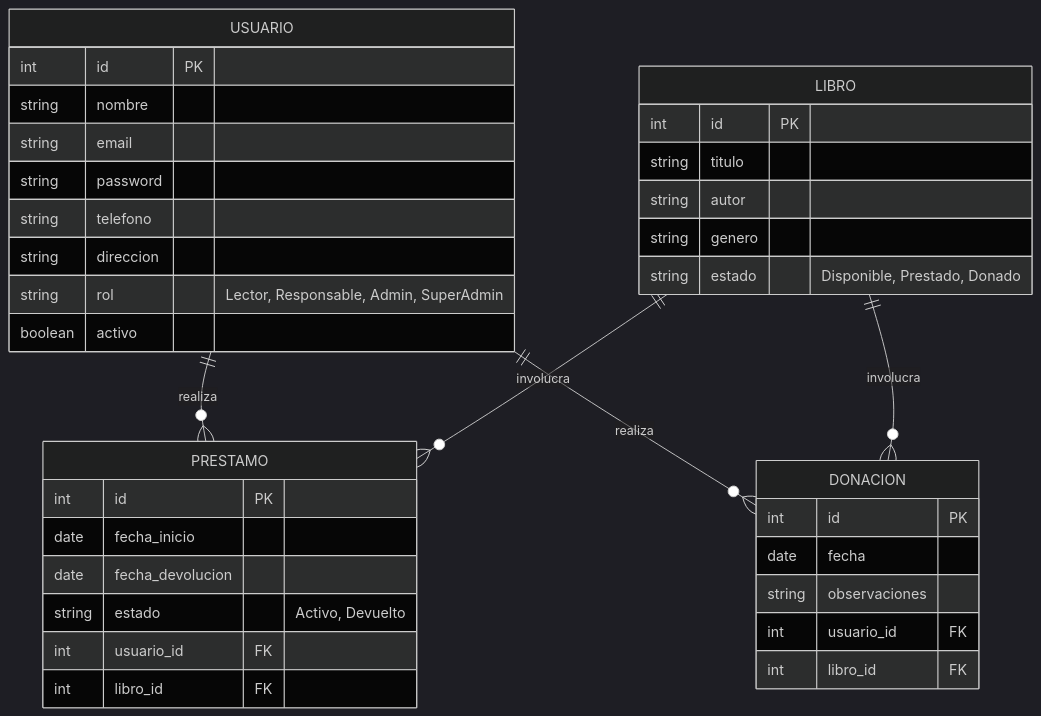
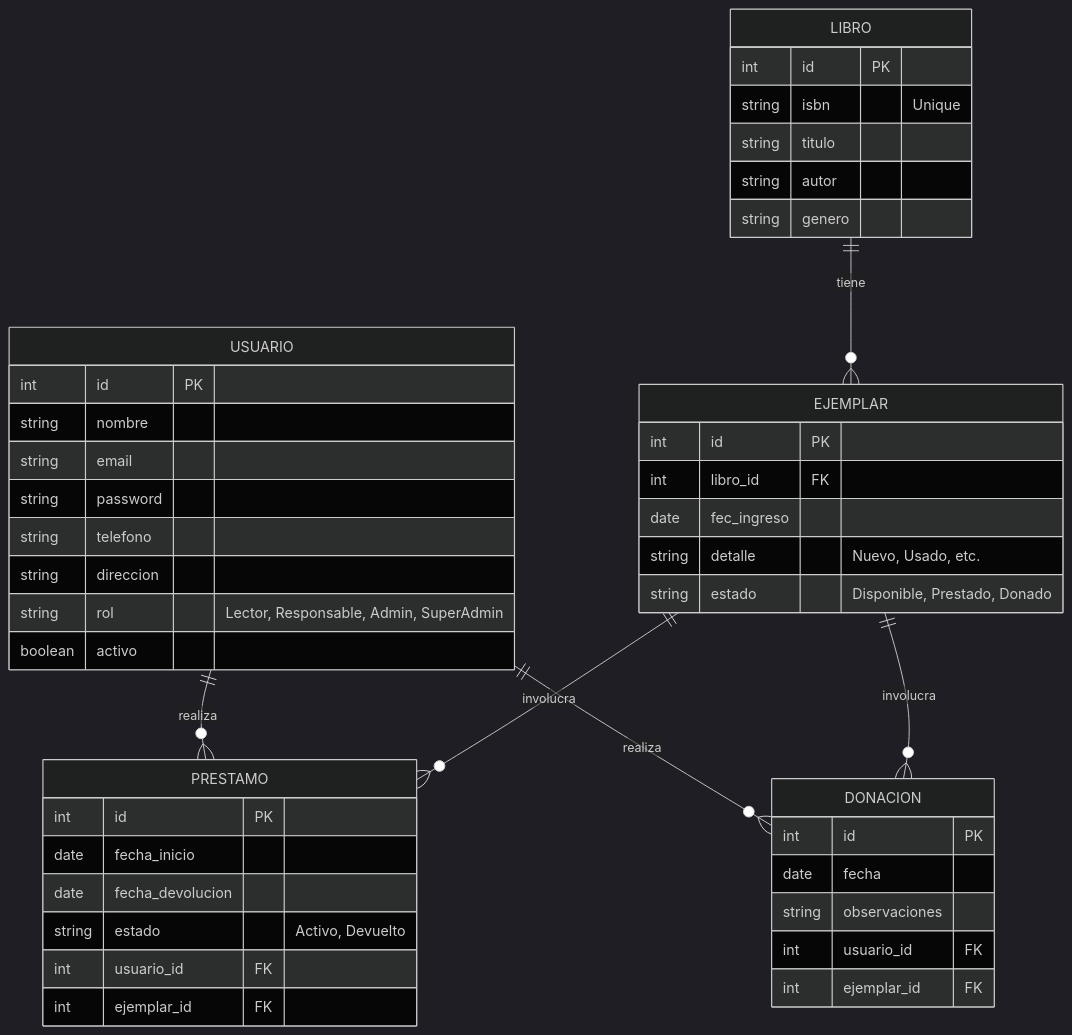
The first of 3 diagrams in DataBase/diagramas_proyecto.md (juandmelendezpe/pr-LibraryPro), drawn with Mermaid (dark theme) before and after one commit. The commit also changed other lines of this file and 21 other files, not shown here.

````diff
--- a/DataBase/diagramas_proyecto.md
+++ b/DataBase/diagramas_proyecto.md
@@ -8,39 +8,47 @@
 ```mermaid
 erDiagram
     USUARIO ||--o{ PRESTAMO : realiza
     USUARIO ||--o{ DONACION : realiza
-    LIBRO ||--o{ PRESTAMO : involucra
-    LIBRO ||--o{ DONACION : involucra
+    LIBRO ||--o{ EJEMPLAR : tiene
+    EJEMPLAR ||--o{ PRESTAMO : involucra
+    EJEMPLAR ||--o{ DONACION : involucra
     USUARIO {
         int id PK
         string nombre
         string email
         string password
         string telefono
         string direccion
         string rol "Lector, Responsable, Admin, SuperAdmin"
         boolean activo
     }
     LIBRO {
         int id PK
+        string isbn "Unique"
         string titulo
         string autor
         string genero
+    }
+    EJEMPLAR {
+        int id PK
+        int libro_id FK
+        date fec_ingreso
+        string detalle "Nuevo, Usado, etc."
         string estado "Disponible, Prestado, Donado"
     }
     PRESTAMO {
         int id PK
         date fecha_inicio
         date fecha_devolucion
         string estado "Activo, Devuelto"
         int usuario_id FK
-        int libro_id FK
+        int ejemplar_id FK
     }
     DONACION {
         int id PK
         date fecha
         string observaciones
         int usuario_id FK
-        int libro_id FK
+        int ejemplar_id FK
     }
 ```
````
